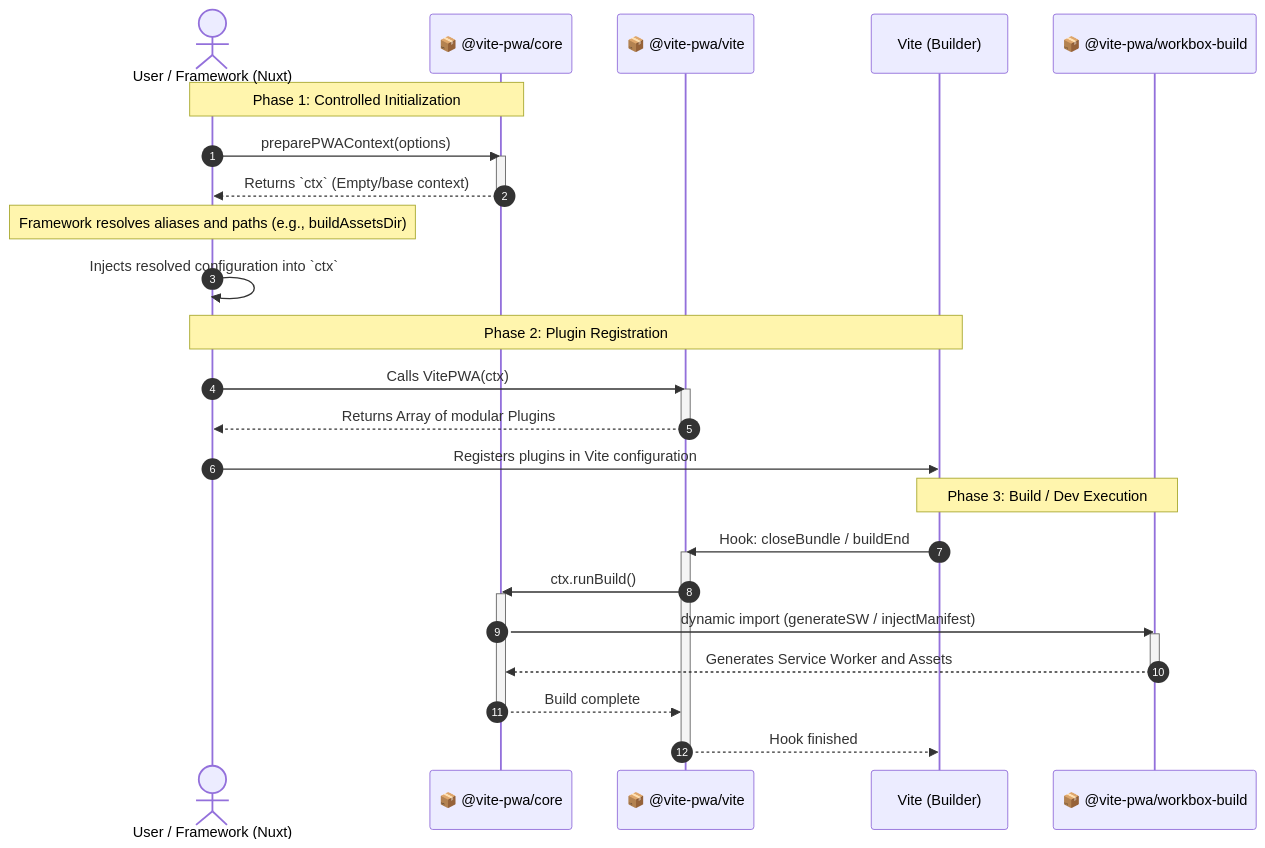
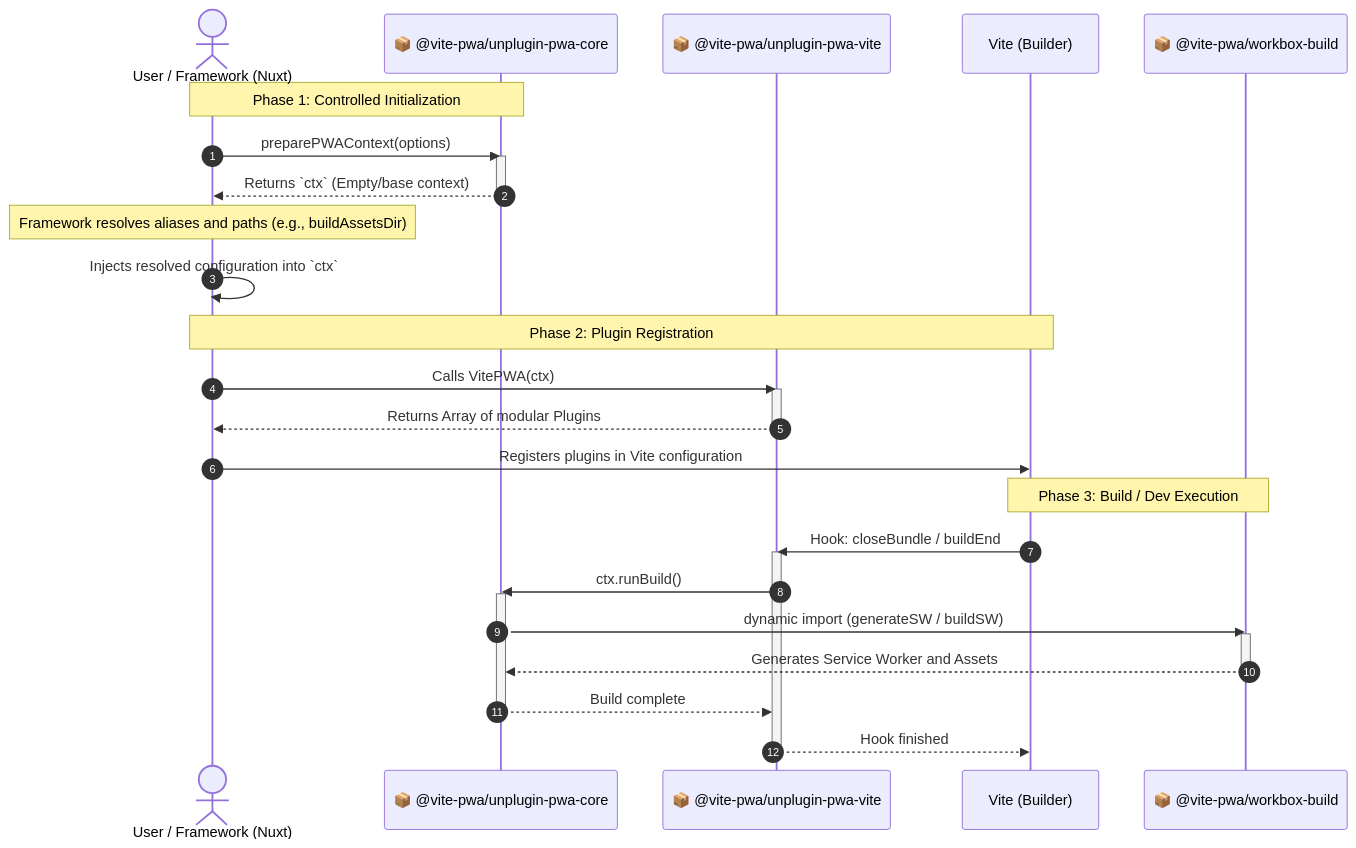
Before and after one commit to vite-pwa/unplugin-pwa: the second of 2 diagrams in README.md, drawn with Mermaid. The commit also changed other lines of this file, not shown here.

Commit message:
docs: check large names at mermaid

````diff
--- a/README.md
+++ b/README.md
@@ -62,39 +62,39 @@
 ```mermaid
 sequenceDiagram
     autonumber
     actor Dev as User / Framework (Nuxt)
-    participant Core as 📦 @vite-pwa/core
-    participant Builder as 📦 @vite-pwa/vite
+    participant Core as 📦 @vite-pwa/unplugin-pwa-core
+    participant Builder as 📦 @vite-pwa/unplugin-pwa-vite
     participant Vite as Vite (Builder)
     participant WB as 📦 @vite-pwa/workbox-build
 
     Note over Dev, Core: Phase 1: Controlled Initialization
     Dev->>Core: preparePWAContext(options)
     activate Core
     Core-->>Dev: Returns `ctx` (Empty/base context)
     deactivate Core
 
     Note over Dev: Framework resolves aliases and paths (e.g., buildAssetsDir)
     Dev->>Dev: Injects resolved configuration into `ctx`
 
     Note over Dev, Vite: Phase 2: Plugin Registration
     Dev->>Builder: Calls VitePWA(ctx)
     activate Builder
     Builder-->>Dev: Returns Array of modular Plugins
     deactivate Builder
     Dev->>Vite: Registers plugins in Vite configuration
 
     Note over Vite, WB: Phase 3: Build / Dev Execution
     Vite->>Builder: Hook: closeBundle / buildEnd
     activate Builder
     Builder->>Core: ctx.runBuild()
     activate Core
-    Core->>WB: dynamic import (generateSW / injectManifest)
+    Core->>WB: dynamic import (generateSW / buildSW)
     activate WB
     WB-->>Core: Generates Service Worker and Assets
     deactivate WB
     Core-->>Builder: Build complete
     deactivate Core
     Builder-->>Vite: Hook finished
     deactivate Builder
 ```
````
